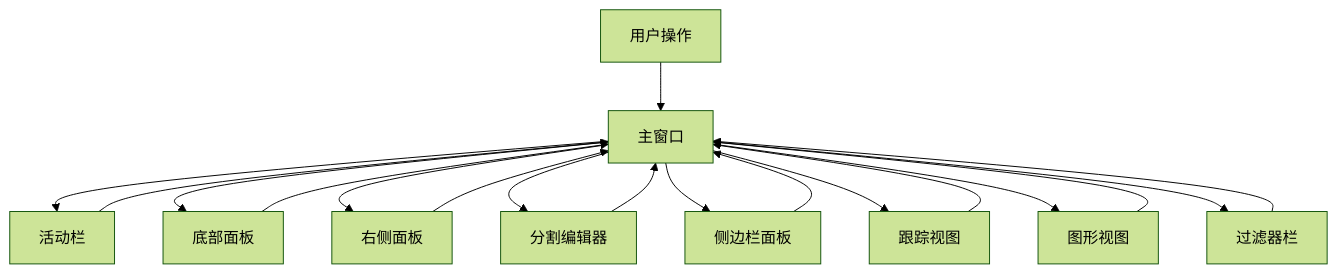
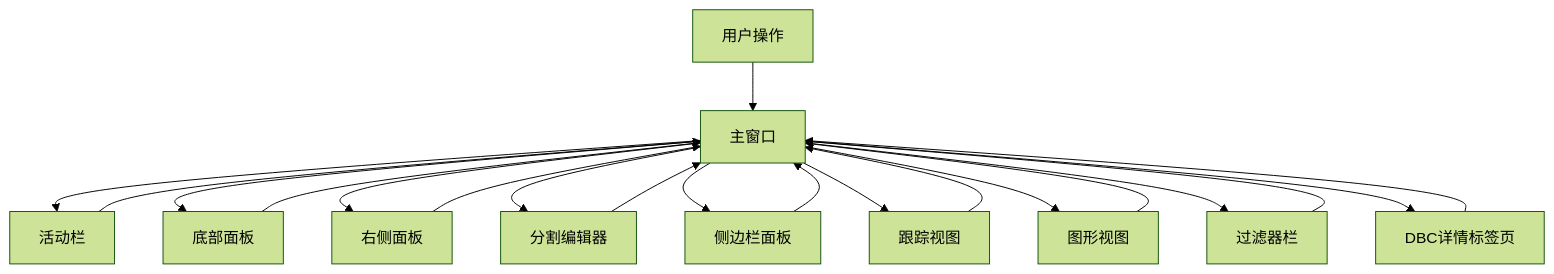
Before and after one commit to jakecai1225-design/OpenBus: the sixth of 8 diagrams in .qoder/repowiki/zh/content/架构设计/架构设计.md, drawn with Mermaid (forest theme). The commit also changed other lines of this file and 16 other files, not shown here.

````diff
--- a/.qoder/repowiki/zh/content/架构设计/架构设计.md
+++ b/.qoder/repowiki/zh/content/架构设计/架构设计.md
@@ -313,20 +343,22 @@
 ```mermaid
 flowchart TD
 User["用户操作"] --> MainWindow["主窗口"]
 MainWindow --> ActivityBar["活动栏"]
 MainWindow --> BottomPanel["底部面板"]
 MainWindow --> RightPanel["右侧面板"]
 MainWindow --> SplitEditor["分割编辑器"]
 MainWindow --> SidebarPanels["侧边栏面板"]
 MainWindow --> TraceView["跟踪视图"]
 MainWindow --> GraphicView["图形视图"]
 MainWindow --> FilterBar["过滤器栏"]
+MainWindow --> DBCDetailTab["DBC详情标签页"]
 ActivityBar --> MainWindow
 BottomPanel --> MainWindow
 RightPanel --> MainWindow
 SplitEditor --> MainWindow
 SidebarPanels --> MainWindow
 TraceView --> MainWindow
 GraphicView --> MainWindow
 FilterBar --> MainWindow
+DBCDetailTab --> MainWindow
 ```
````
